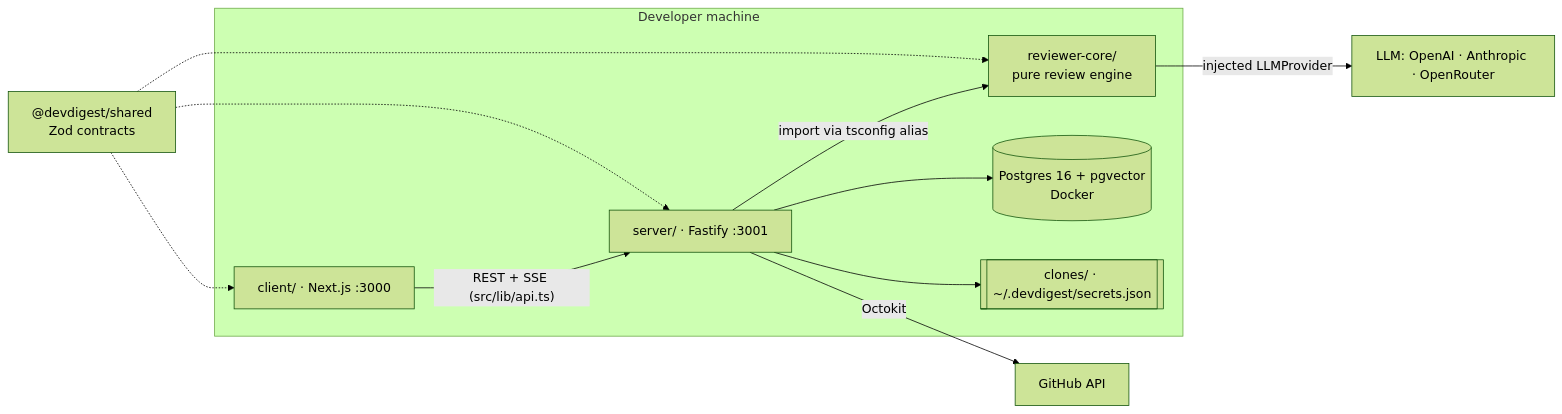
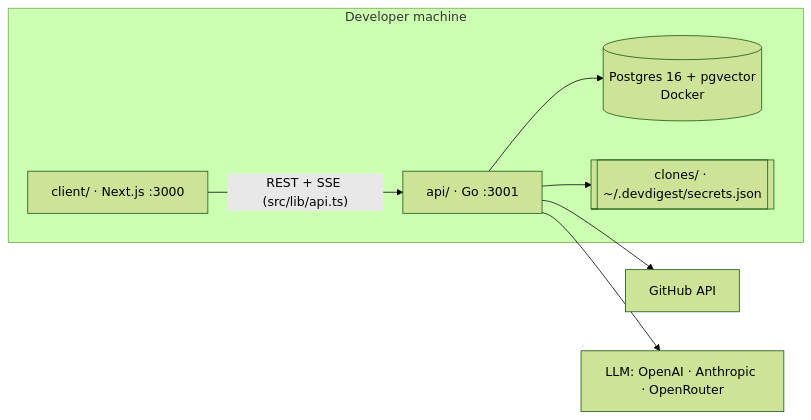
One commit to DimaMaimesko/dev-digest changed the first of 2 diagrams in .claude/skills/onboard/SKILL.md. Above: the diagram before and after it, drawn with Mermaid (forest theme). The commit also changed other lines of this file and 170 other files, not shown here.

````diff
--- a/.claude/skills/onboard/SKILL.md
+++ b/.claude/skills/onboard/SKILL.md
@@ -101,23 +100,17 @@
 ```mermaid
 flowchart LR
   subgraph Host["Developer machine"]
     WEB["client/ · Next.js :3000"]
-    API["server/ · Fastify :3001"]
-    CORE["reviewer-core/<br/>pure review engine"]
+    API["api/ · Go :3001"]
     PG[("Postgres 16 + pgvector<br/>Docker")]
     FS[["clones/ · ~/.devdigest/secrets.json"]]
   end
-  SHARED["@devdigest/shared<br/>Zod contracts"]
   GH["GitHub API"]
   LLM["LLM: OpenAI · Anthropic · OpenRouter"]
 
   WEB -->|"REST + SSE (src/lib/api.ts)"| API
-  API -->|"import via tsconfig alias"| CORE
   API --> PG
   API --> FS
-  API -->|"Octokit"| GH
-  CORE -->|"injected LLMProvider"| LLM
-  SHARED -.-> WEB
-  SHARED -.-> API
-  SHARED -.-> CORE
+  API --> GH
+  API --> LLM
 ```
````
